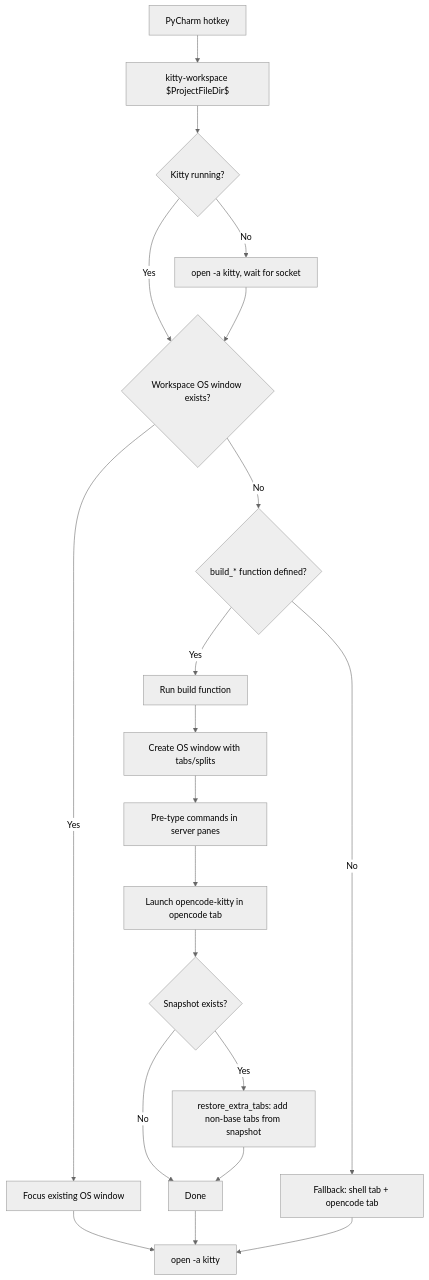
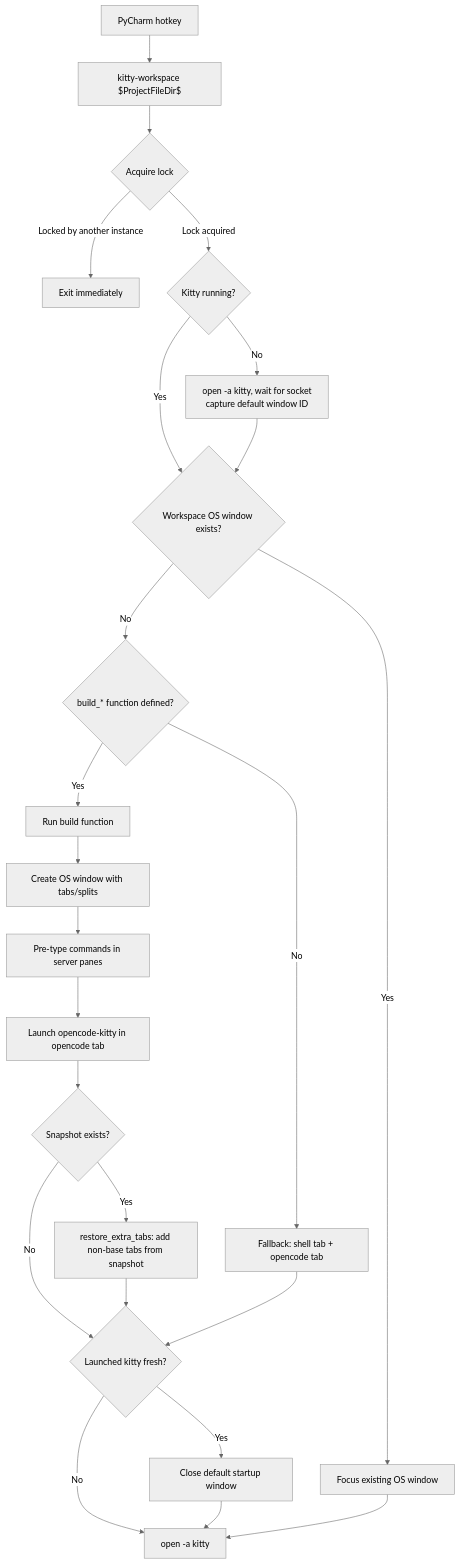
The first of 3 diagrams in docs/specs/kitty-pycharm.md (Saltiola7/dotfiles), drawn with Mermaid (neutral theme) before and after one commit. The commit also changed other lines of this file and 11 other files, not shown here.

````diff
--- a/docs/specs/kitty-pycharm.md
+++ b/docs/specs/kitty-pycharm.md
@@ -124,22 +131,26 @@
 ```mermaid
 flowchart TD
     A[PyCharm hotkey] --> B[kitty-workspace $ProjectFileDir$]
-    B --> S{Kitty running?}
+    B --> LK{Acquire lock}
+    LK -->|Locked by another instance| X[Exit immediately]
+    LK -->|Lock acquired| S{Kitty running?}
     S -->|Yes| C{Workspace OS window exists?}
-    S -->|No| T[open -a kitty, wait for socket]
+    S -->|No| T["open -a kitty, wait for socket<br/>capture default window ID"]
     T --> C
     C -->|Yes| D[Focus existing OS window]
     C -->|No| E{build_* function defined?}
     E -->|Yes| F[Run build function]
     F --> G[Create OS window with tabs/splits]
     G --> H[Pre-type commands in server panes]
     H --> I[Launch opencode-kitty in opencode tab]
     I --> J{Snapshot exists?}
     J -->|Yes| K[restore_extra_tabs: add non-base tabs from snapshot]
-    J -->|No| L[Done]
+    J -->|No| L{Launched kitty fresh?}
     K --> L
     E -->|No| M[Fallback: shell tab + opencode tab]
-    D --> N[open -a kitty]
-    L --> N
-    M --> N
+    M --> L
+    L -->|Yes| CL[Close default startup window]
+    L -->|No| N[open -a kitty]
+    CL --> N
+    D --> N
 ```
````
